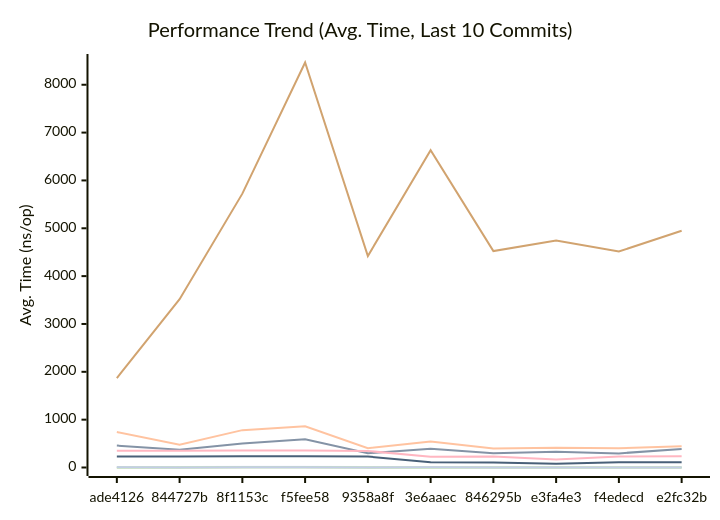
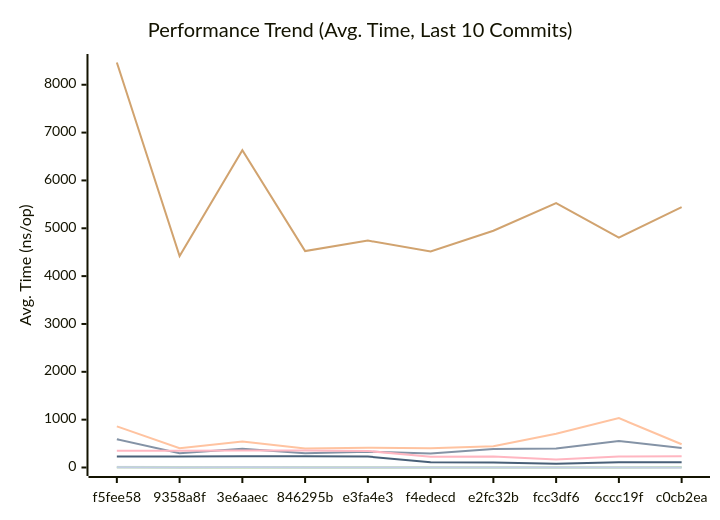
One commit to alsotoes/momo changed the first of 3 diagrams in docs/PERFORMANCE.md. Above: the diagram before and after it, drawn with Mermaid. The commit also changed other lines of this file and 5 other files, not shown here.

````diff
--- a/docs/PERFORMANCE.md
+++ b/docs/PERFORMANCE.md
@@ -80,16 +80,16 @@
 ```mermaid
 xychart-beta
     title "Performance Trend (Avg. Time, Last 10 Commits)"
     x-axis "Commit"
     y-axis "Avg. Time (ns/op)"
-    x-axis [ade4126,844727b,8f1153c,f5fee58,9358a8f,3e6aaec,846295b,e3fa4e3,f4edecd,e2fc32b]
-    line "CheckMetricsAndSwap" [13,10,15,14,8,11,8,8,9,13]
-    line "CrushOptimized" [458,370,501,592,298,393,297,329,295,389]
-    line "CrushOriginal" [740,478,781,860,403,545,396,415,403,442]
-    line "IndexDirectTracking" [1,0,1,1,0,0,0,0,0,0]
-    line "IndexSearch" [2,2,3,3,2,2,2,2,2,2]
-    line "LoadGlobalConfig" [1870,3519,5724,8465,4420,6633,4524,4742,4516,4948]
-    line "PadString" [3,2,3,3,2,3,2,2,2,2]
+    x-axis [f5fee58,9358a8f,3e6aaec,846295b,e3fa4e3,f4edecd,e2fc32b,fcc3df6,6ccc19f,c0cb2ea]
+    line "CheckMetricsAndSwap" [14,8,11,8,8,9,13,9,9,11]
+    line "CrushOptimized" [592,298,393,297,329,295,389,396,555,408]
+    line "CrushOriginal" [860,403,545,396,415,403,442,705,1033,485]
+    line "IndexDirectTracking" [1,0,0,0,0,0,0,0,0,1]
+    line "IndexSearch" [3,2,2,2,2,2,2,2,2,3]
+    line "LoadGlobalConfig" [8465,4420,6633,4524,4742,4516,4948,5528,4804,5443]
+    line "PadString" [3,2,3,2,2,2,2,2,2,2]
     line "ParseReplicationOrder_NoPrealloc" [350,349,357,354,345,225,229,165,232,234]
     line "ParseReplicationOrder_Prealloc" [229,231,237,234,229,108,107,80,110,109]
 ```
````
